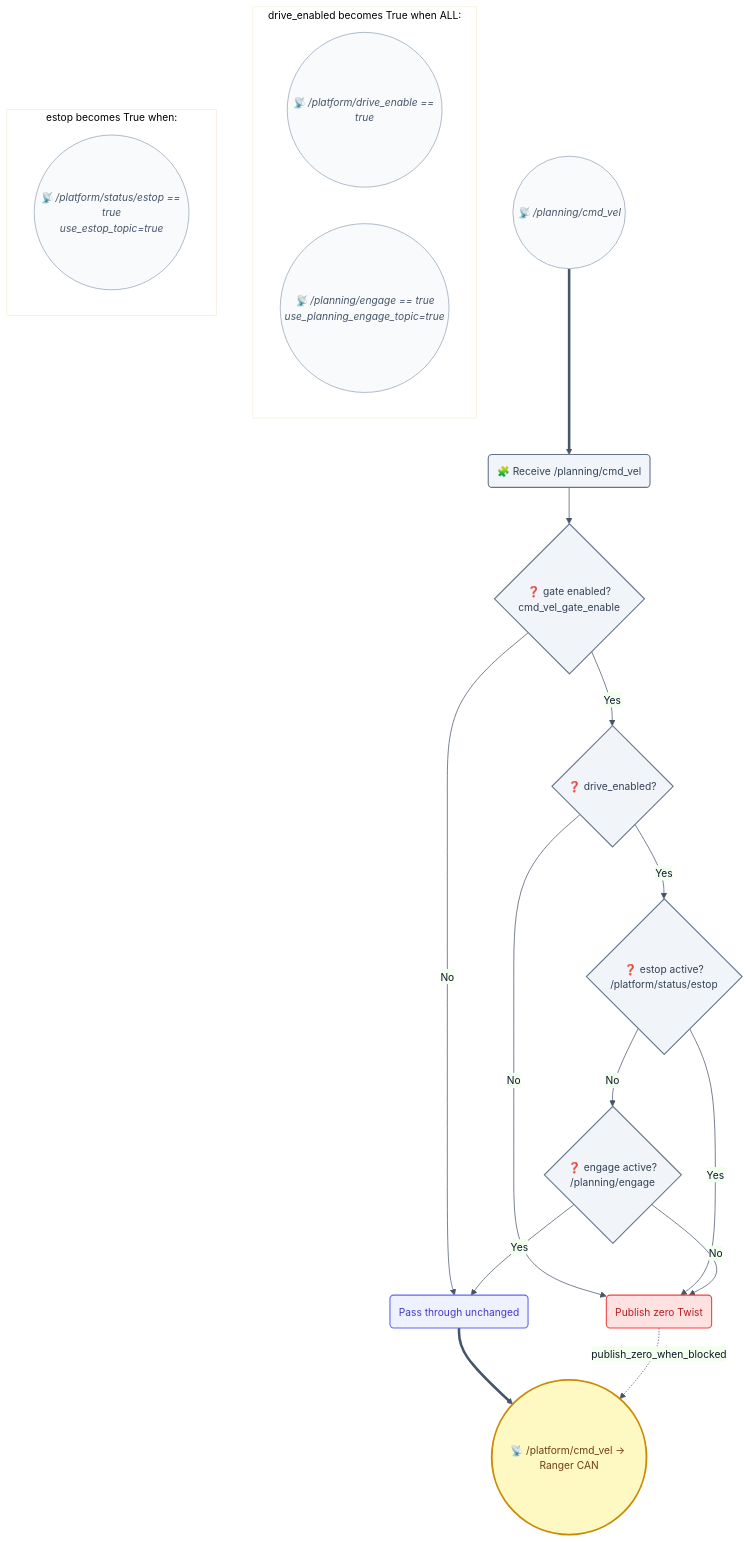
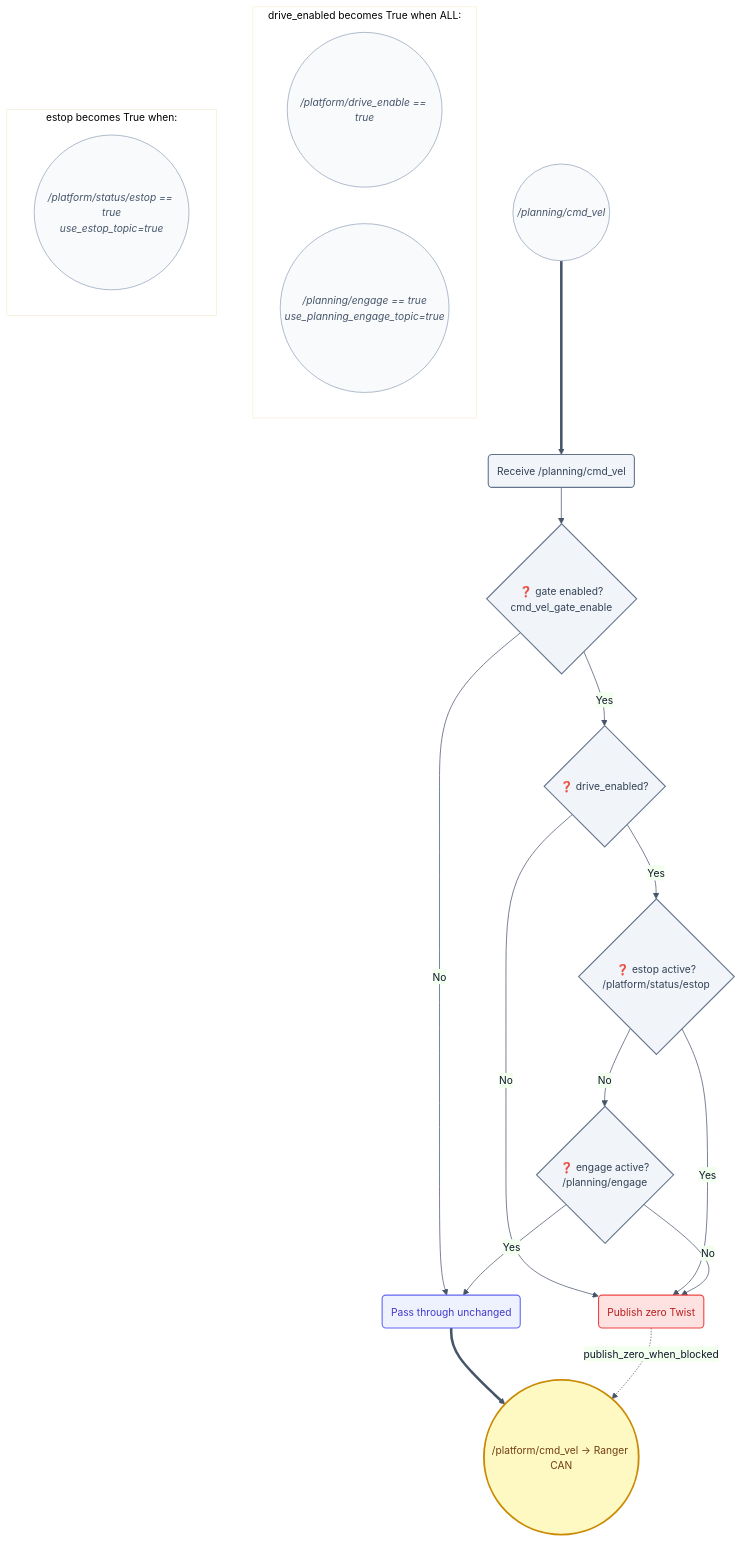
Before and after one commit to hwanhonglee/CAMROD: the third of 3 diagrams in camrod_platform/README.md, drawn with Mermaid. The commit also changed other lines of this file and 11 other files, not shown here.

First line of the commit message:
docs: fix Mermaid syntax errors and reduce emoji overuse in all READMEs

````diff
--- a/camrod_platform/README.md
+++ b/camrod_platform/README.md
@@ -194,38 +194,38 @@
 ```mermaid
 %%{init: {'theme': 'base', 'themeVariables': {'fontFamily': 'ui-sans-serif, system-ui, sans-serif', 'fontSize': '14px', 'primaryColor': '#EEF2FF', 'primaryTextColor': '#0F172A', 'primaryBorderColor': '#6366F1', 'lineColor': '#475569'}, 'flowchart': {'curve': 'basis', 'htmlLabels': true, 'padding': 12}}}%%
 flowchart TD
   classDef platform     fill:#FEE2E2,stroke:#EF4444,stroke-width:1.5px,color:#B91C1C;
   classDef planning     fill:#EEF2FF,stroke:#6366F1,stroke-width:1.5px,color:#4338CA;
   classDef system       fill:#F1F5F9,stroke:#64748B,stroke-width:1.5px,color:#334155;
   classDef highlight    fill:#FEF9C3,stroke:#CA8A04,stroke-width:2.5px,color:#713F12;
   classDef topic        fill:#F8FAFC,stroke:#94A3B8,stroke-width:1px,color:#475569,font-style:italic;
 
-  IN((📡 /planning/cmd_vel)) ==> A
-  A(🧩 Receive /planning/cmd_vel) --> B{❓ gate enabled?\ncmd_vel_gate_enable}
+  IN((/planning/cmd_vel)) ==> A
+  A(Receive /planning/cmd_vel) --> B{❓ gate enabled?\ncmd_vel_gate_enable}
   B -- No --> Z(Pass through unchanged)
   B -- Yes --> C{❓ drive_enabled?}
   C -- No --> ZERO(Publish zero Twist)
   C -- Yes --> D{❓ estop active?\n/platform/status/estop}
   D -- Yes --> ZERO
   D -- No --> E{❓ engage active?\n/planning/engage}
   E -- No --> ZERO
   E -- Yes --> Z
 
-  Z ==> OUT((📡 /platform/cmd_vel → Ranger CAN))
+  Z ==> OUT((/platform/cmd_vel → Ranger CAN))
   ZERO -.->|publish_zero_when_blocked| OUT
 
   subgraph ARMING [drive_enabled becomes True when ALL:]
-    E1((📡 /platform/drive_enable == true))
-    E2((📡 /planning/engage == true\nuse_planning_engage_topic=true))
+    E1((/platform/drive_enable == true))
+    E2((/planning/engage == true\nuse_planning_engage_topic=true))
   end
 
   subgraph ESTOP_SG [estop becomes True when:]
-    F1((📡 /platform/status/estop == true\nuse_estop_topic=true))
+    F1((/platform/status/estop == true\nuse_estop_topic=true))
   end
 
   class A,B,C,D,E system
   class Z planning
   class ZERO platform
   class OUT highlight
   class IN,E1,E2,F1 topic
 ```
````
